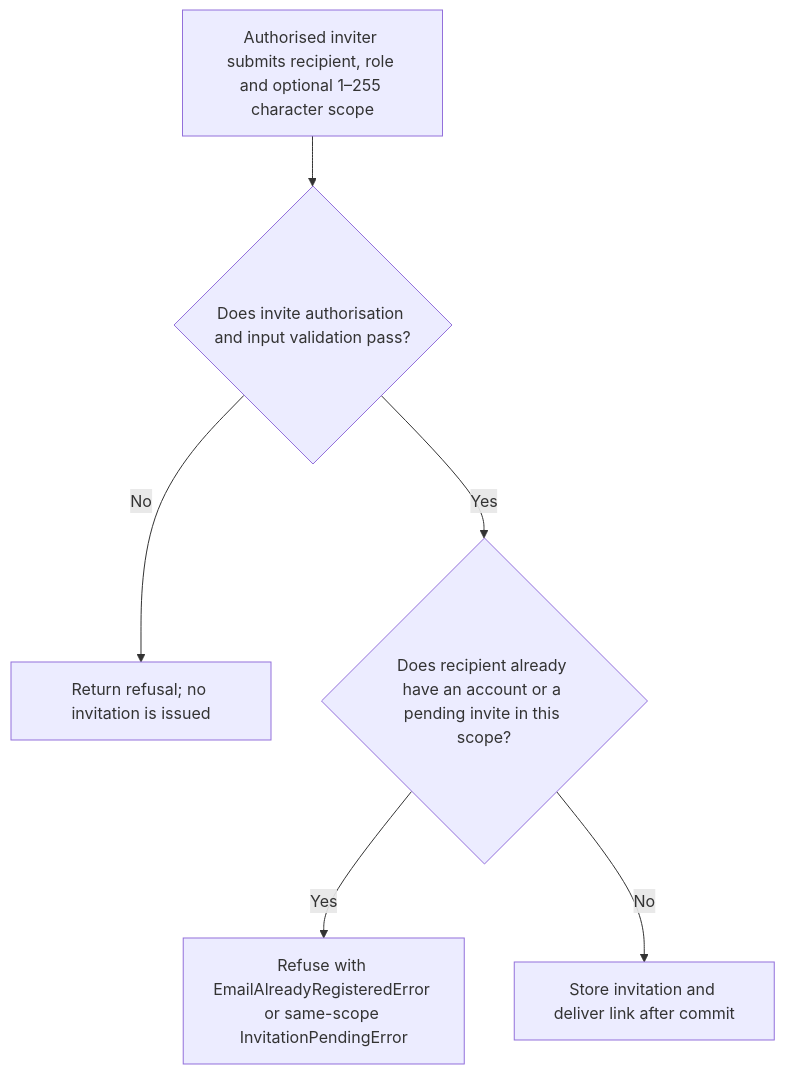
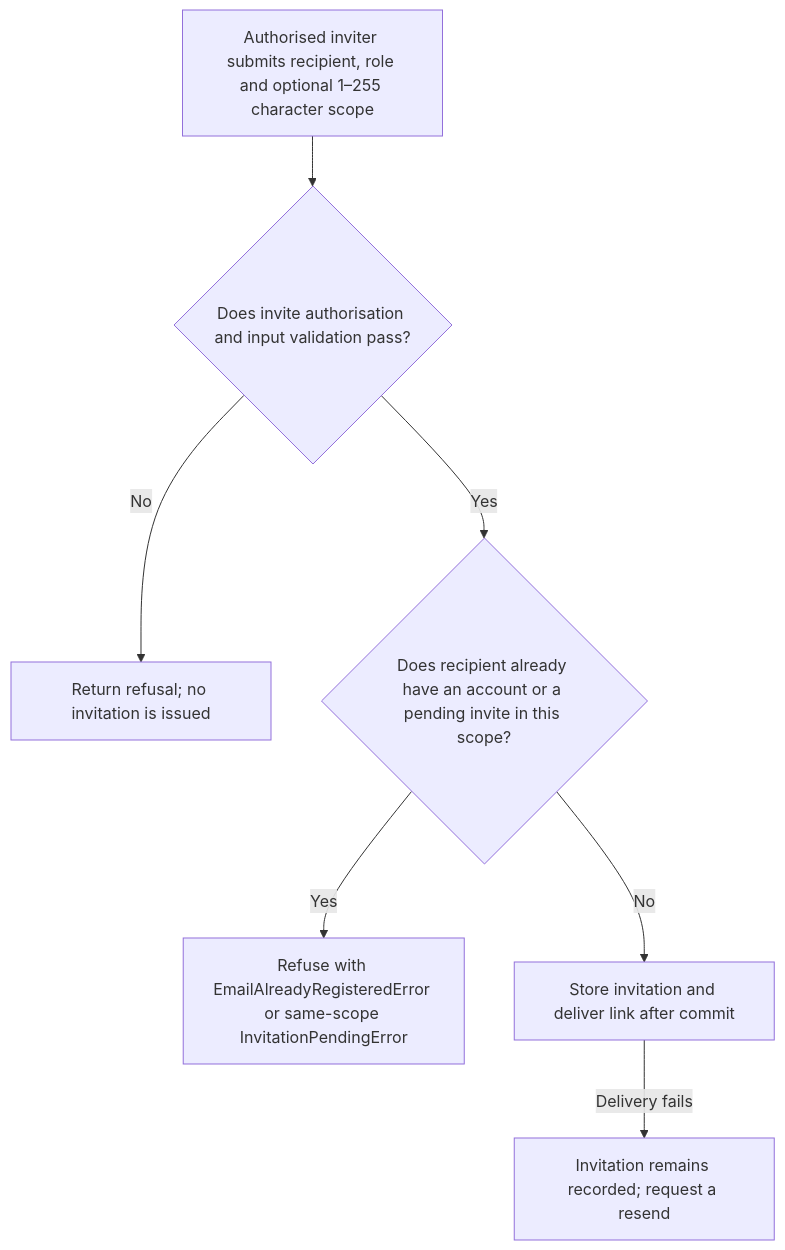
One commit to Kevinjohn/oss-adonisjs-account-kit changed the first of 2 diagrams in user-stories/US-ACCOUNT-08-send-invitation.md. Above: the diagram before and after it, drawn with Mermaid. The commit also changed other lines of this file and 70 other files, not shown here.

````diff
--- a/user-stories/US-ACCOUNT-08-send-invitation.md
+++ b/user-stories/US-ACCOUNT-08-send-invitation.md
@@ -20,8 +22,9 @@
 ```mermaid
 flowchart TD
  A["Authorised inviter submits recipient, role and optional 1–255 character scope"] --> B{"Does invite authorisation and input validation pass?"}
  B -->|No| C["Return refusal; no invitation is issued"]
  B -->|Yes| D{"Does recipient already have an account or a pending invite in this scope?"}
  D -->|Yes| E["Refuse with EmailAlreadyRegisteredError or same-scope InvitationPendingError"]
  D -->|No| F["Store invitation and deliver link after commit"]
+ F -->|Delivery fails| G["Invitation remains recorded; request a resend"]
 ```
````
